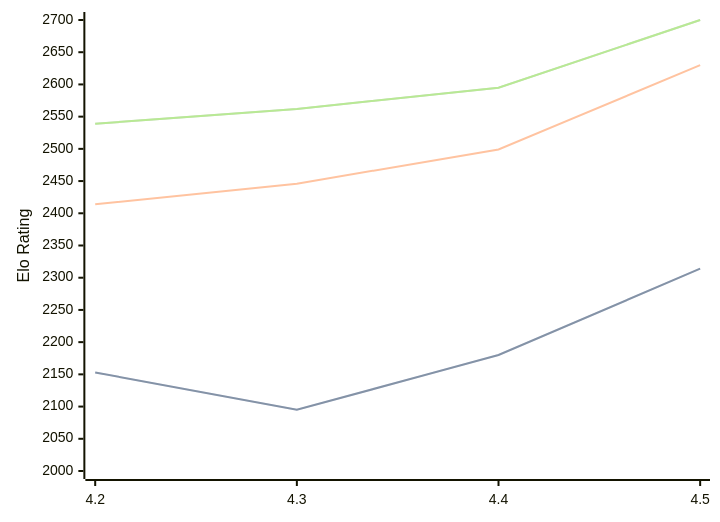
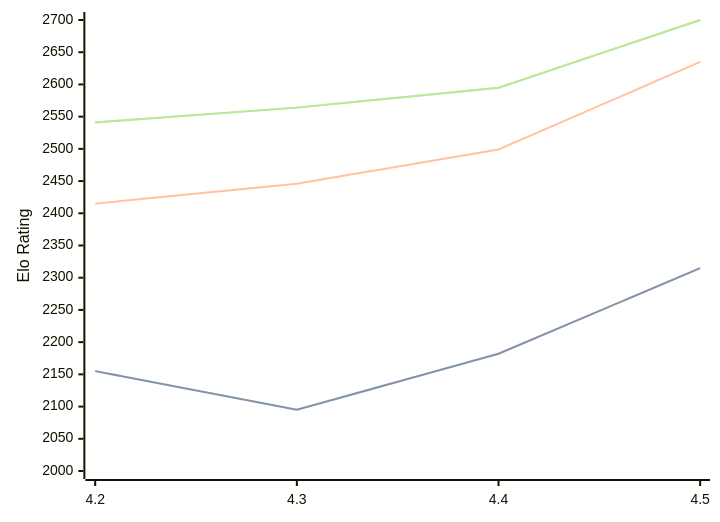
The diagram in engines/Eubos.md (computer-chess-index/cci), drawn with Mermaid before and after one commit. The commit also changed other lines of this file, not shown here.

Commit message:
Update CCI Ratings (ELO VLTC) - 2026-08-21

````diff
--- a/engines/Eubos.md
+++ b/engines/Eubos.md
@@ -34,11 +34,11 @@
 ```mermaid
 %%{init: {"theme":"base","themeVariables":{"seriesColors:['#a3a3a3','#222221','#faa371']}}}%%
 xychart-beta
   x-axis ["4.2", "4.3", "4.4", "4.5"]
   y-axis "Elo Rating" 2000 --> 2700
-  line "STC (8.0+0.08s)" [2153, 2095, 2180, 2314]
-  line "STC (8.0+0.08s)" [2153, 2095, 2180, 2314]
-  line "LTC (60.0+0.60s)" [2414, 2446, 2499, 2630]
-  line "VLTC (2m24s+1.12s)" [2539, 2562, 2595, 2700]
-  line "VLTC (2m24s+1.12s)" [2539, 2562, 2595, 2700]
+  line "STC (8.0+0.08s)" [2155, 2095, 2182, 2315]
+  line "STC (8.0+0.08s)" [2155, 2095, 2182, 2315]
+  line "LTC (60.0+0.60s)" [2415, 2446, 2499, 2635]
+  line "VLTC (2m24s+1.12s)" [2541, 2564, 2595, 2700]
+  line "VLTC (2m24s+1.12s)" [2541, 2564, 2595, 2700]
 ```
````
